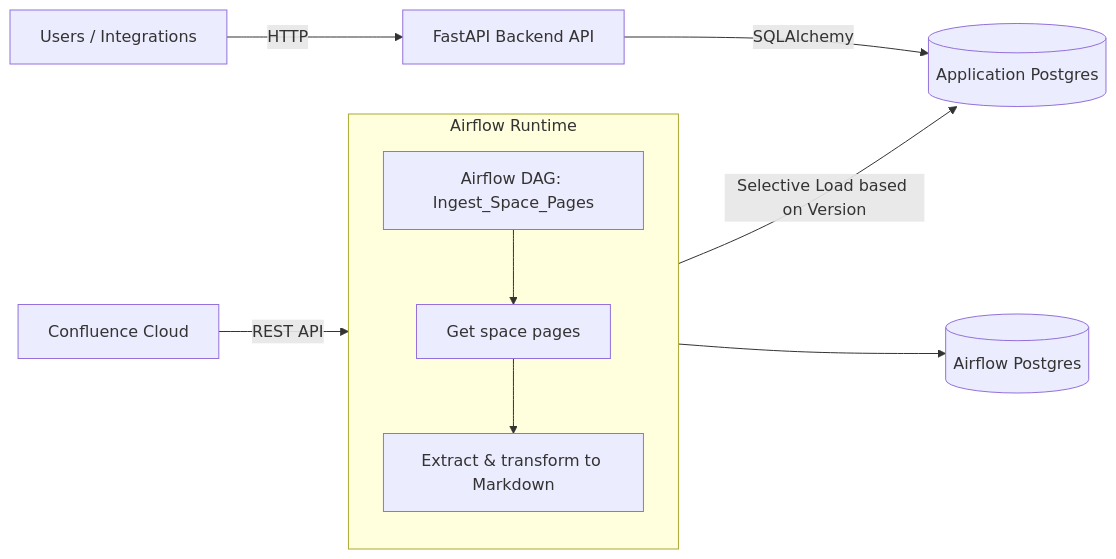
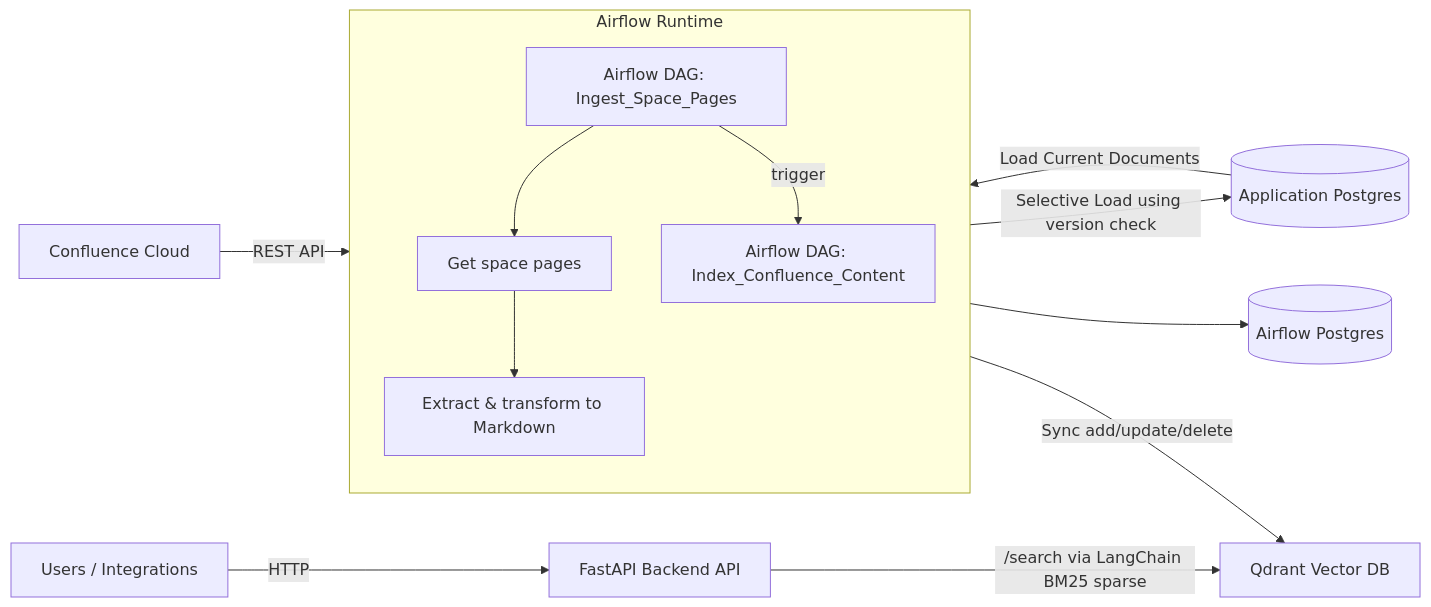
One commit to MauriceKuenicke/Confluence-RAG changed the diagram in README.md. Above: the diagram before and after it, drawn with Mermaid. The commit also changed other lines of this file and 9 other files, not shown here.

Commit message:
update and add BM25 sparse search

````diff
--- a/README.md
+++ b/README.md
@@ -10,19 +12,23 @@
 ```mermaid
 flowchart LR
   A[Confluence Cloud] -->|REST API| B[Airflow DAG: Ingest_Space_Pages]
   B --> B1[Get space pages]
   B1 --> B2[Extract & transform to Markdown]
-  B2 --> |Selective Load based on Version| D[(Application Postgres)]
+  B2 -->|Selective Load using version check| D[(Application Postgres)]
+  B -->|trigger| C[Airflow DAG: Index_Confluence_Content]
+  C -->|Sync add/update/delete| Q[Qdrant Vector DB]
+  D -->|Load Current Documents| C
 
   subgraph Airflow Runtime
     direction TB
     B
     B1
     B2
+    C
   end
 
   B --> E[(Airflow Postgres)]
 
-  F[FastAPI Backend API] -->|SQLAlchemy| D
+  F[FastAPI Backend API] -->|/search via LangChain BM25 sparse| Q
   U[Users / Integrations] -->|HTTP| F
 ```
````
